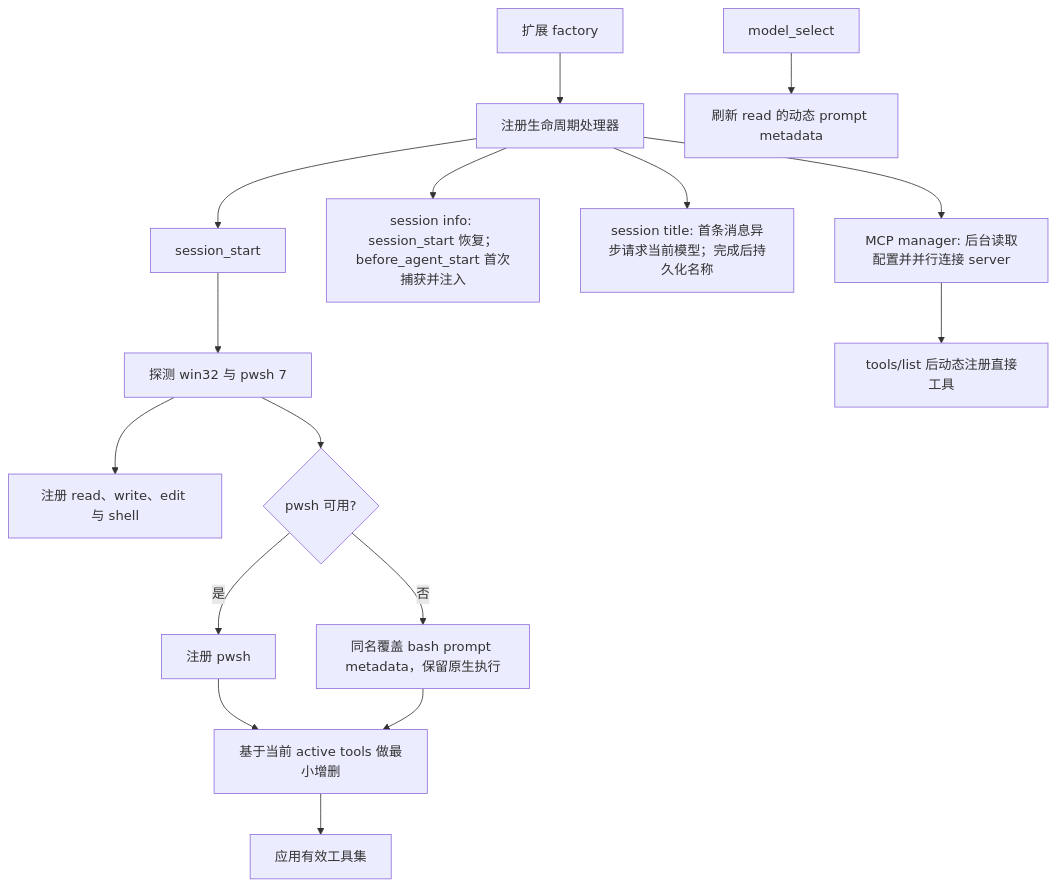
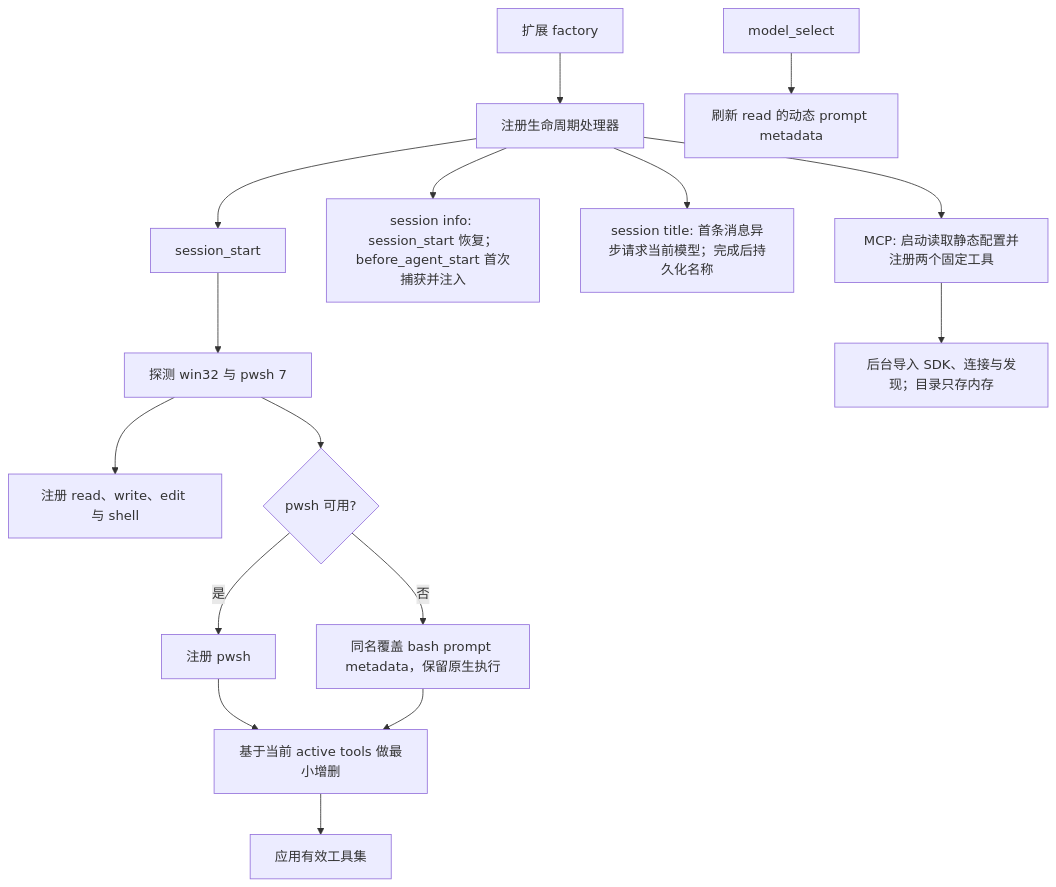
One commit to cha133/pi-enhanced changed the diagram in docs/architecture.md. Above: the diagram before and after it, drawn with Mermaid. The commit also changed other lines of this file and 16 other files, not shown here.

Commit message:
feat: lazy-load MCP tools with search, calls, and static hints

````diff
--- a/docs/architecture.md
+++ b/docs/architecture.md
@@ -32,18 +35,18 @@
 ```mermaid
 flowchart TD
     A["扩展 factory"] --> B["注册生命周期处理器"]
     B --> C["session_start"]
     C --> D["探测 win32 与 pwsh 7"]
     D --> E["注册 read、write、edit 与 shell"]
     D --> F{"pwsh 可用?"}
     F -->|是| G["注册 pwsh"]
     F -->|否| H["同名覆盖 bash prompt metadata，保留原生执行"]
     G --> I["基于当前 active tools 做最小增删"]
     H --> I
     I --> J["应用有效工具集"]
     K["model_select"] --> L["刷新 read 的动态 prompt metadata"]
     B --> M["session info: session_start 恢复；before_agent_start 首次捕获并注入"]
     B --> N["session title: 首条消息异步请求当前模型；完成后持久化名称"]
-    B --> O["MCP manager: 后台读取配置并并行连接 server"]
-    O --> P["tools/list 后动态注册直接工具"]
+    B --> O["MCP: 启动读取静态配置并注册两个固定工具"]
+    O --> P["后台导入 SDK、连接与发现；目录只存内存"]
 ```
````
